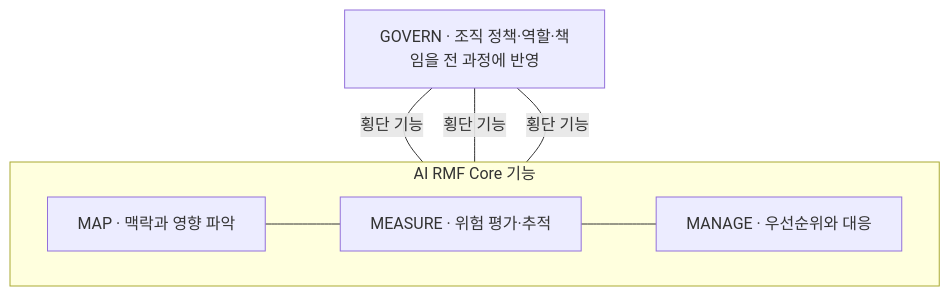
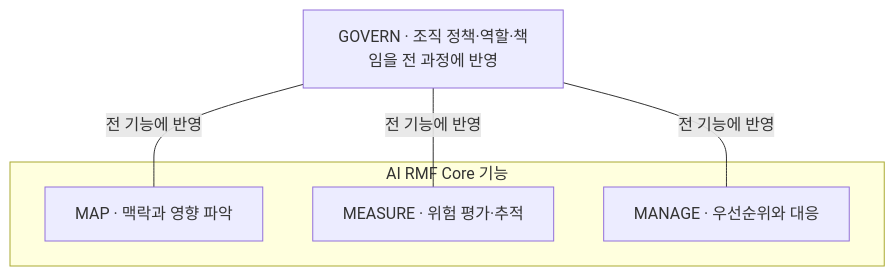
The second of 2 diagrams in src/content/docs/notes/itpe/01-it-strategy/036_nist_ai_rmf.md (agnusdei1207/study), drawn with Mermaid before and after one commit. The commit also changed other lines of this file and 26 other files, not shown here.

````diff
--- a/src/content/docs/notes/itpe/01-it-strategy/036_nist_ai_rmf.md
+++ b/src/content/docs/notes/itpe/01-it-strategy/036_nist_ai_rmf.md
@@ -98,11 +99,12 @@
 ```mermaid
 flowchart TD
     G["GOVERN · 조직 정책·역할·책임을 전 과정에 반영"]
     subgraph F["AI RMF Core 기능"]
-        direction LR
-        M["MAP · 맥락과 영향 파악"] --- E["MEASURE · 위험 평가·추적"] --- R["MANAGE · 우선순위와 대응"]
+        M["MAP · 맥락과 영향 파악"]
+        E["MEASURE · 위험 평가·추적"]
+        R["MANAGE · 우선순위와 대응"]
     end
-    G ---|횡단 기능| M
-    G ---|횡단 기능| E
-    G ---|횡단 기능| R
+    G ---|전 기능에 반영| M
+    G ---|전 기능에 반영| E
+    G ---|전 기능에 반영| R
 ```
````
